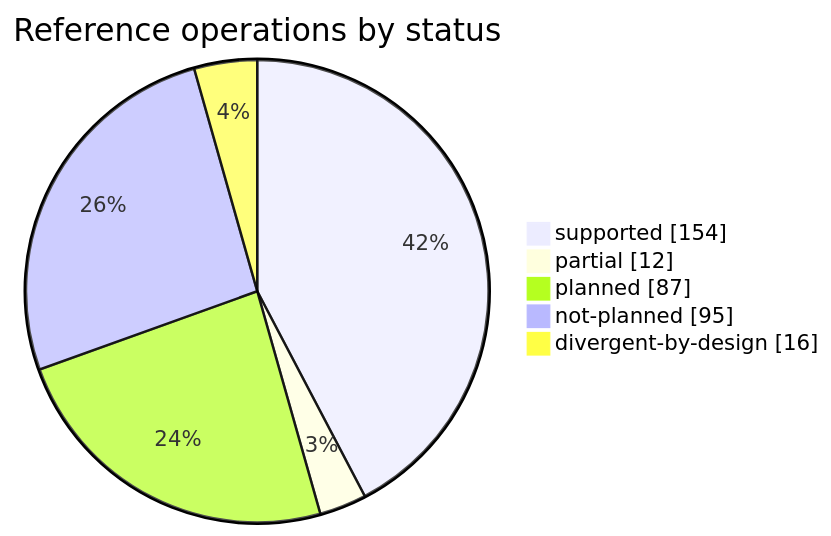
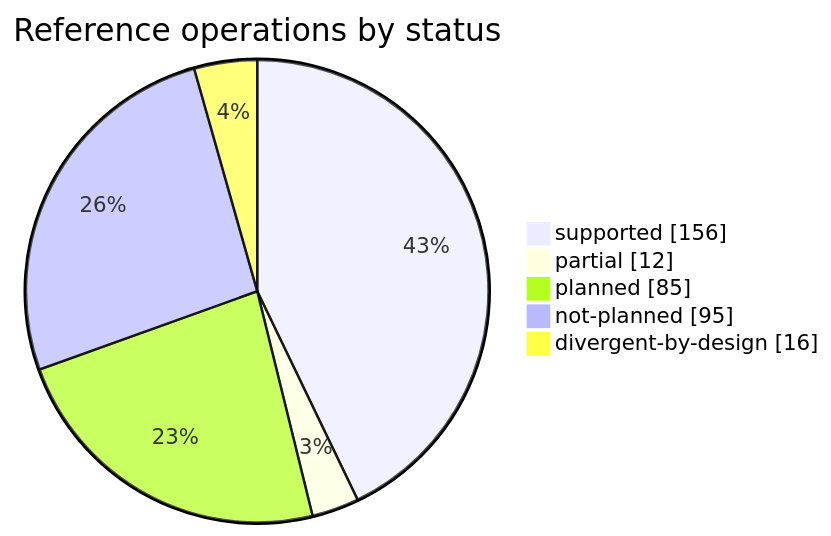
Before and after one commit to rafaelvieiras/tinyfin: the first of 2 diagrams in docs/COVERAGE.md, drawn with Mermaid. The commit also changed other lines of this file and 25 other files, not shown here.

````diff
--- a/docs/COVERAGE.md
+++ b/docs/COVERAGE.md
@@ -32,8 +32,8 @@
 ```mermaid
 pie showData title Reference operations by status
-    "supported" : 154
+    "supported" : 156
     "partial" : 12
-    "planned" : 87
+    "planned" : 85
     "not-planned" : 95
     "divergent-by-design" : 16
 ```
````
